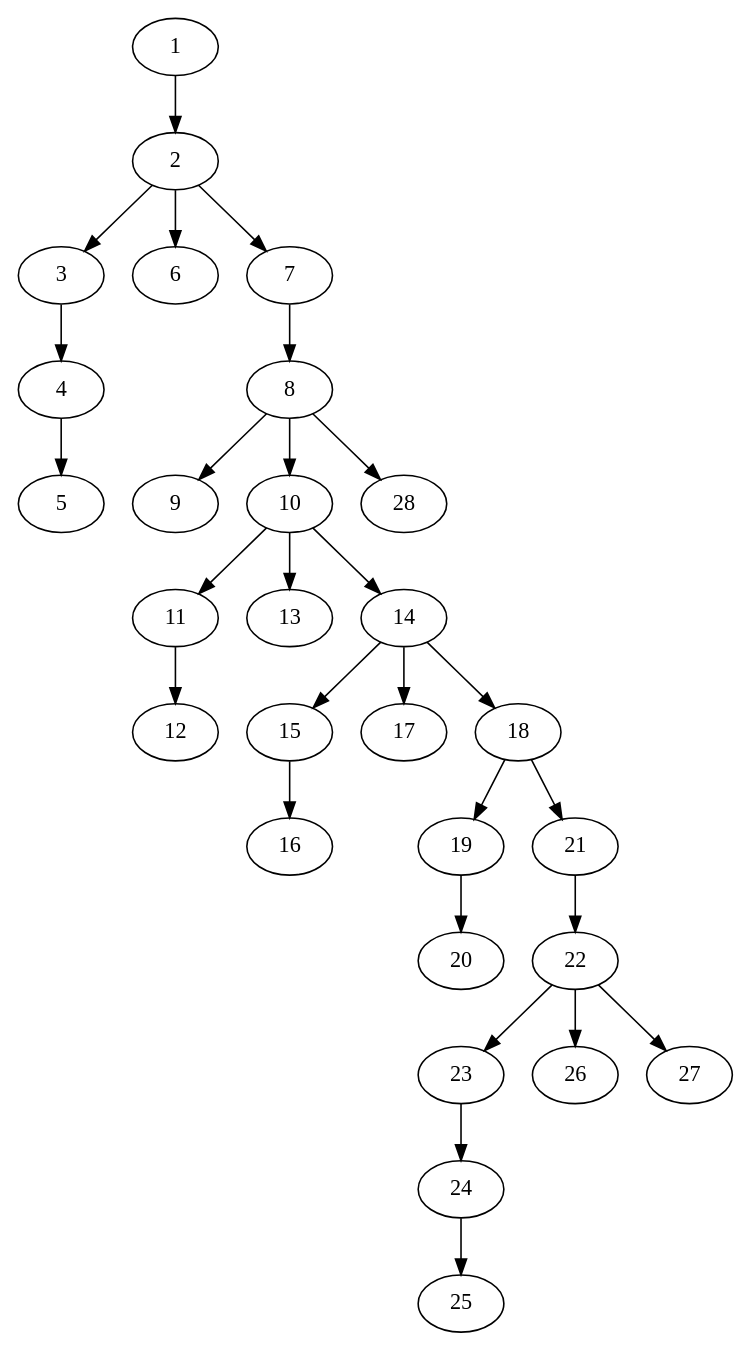
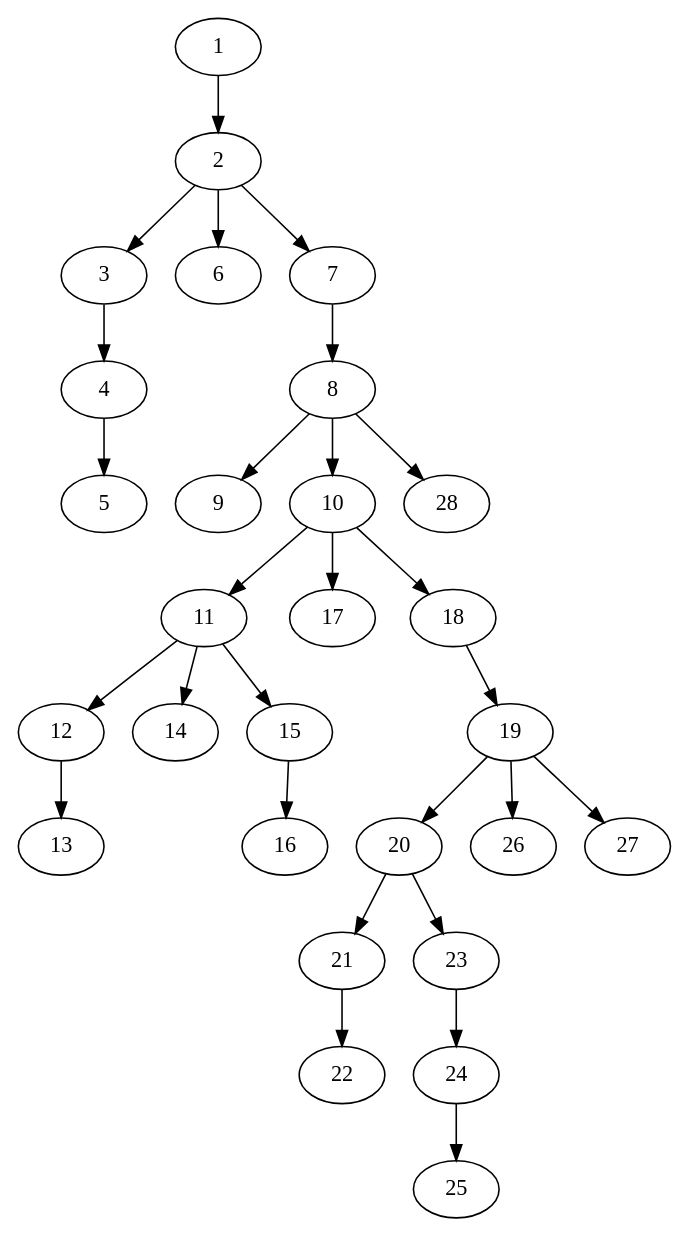
One commit to Ajax12345/caspian-lang changed the diagram in caspian/src/ast_stuff.dot. Above: the diagram before and after it, drawn with Graphviz. The commit also changed 4 other files, not shown here.

```diff
--- a/caspian/src/ast_stuff.dot
+++ b/caspian/src/ast_stuff.dot
@@ -1,29 +1,29 @@
 strict digraph "" {
 	1 -> 2;
 	2 -> 3;
 	2 -> 6;
 	2 -> 7;
 	3 -> 4;
 	4 -> 5;
 	7 -> 8;
 	8 -> 9;
 	8 -> 10;
 	8 -> 28;
 	10 -> 11;
-	10 -> 13;
-	10 -> 14;
+	10 -> 17;
+	10 -> 18;
 	11 -> 12;
-	14 -> 15;
-	14 -> 17;
-	14 -> 18;
+	11 -> 14;
+	11 -> 15;
+	12 -> 13;
 	15 -> 16;
 	18 -> 19;
-	18 -> 21;
 	19 -> 20;
+	19 -> 26;
+	19 -> 27;
+	20 -> 21;
+	20 -> 23;
 	21 -> 22;
-	22 -> 23;
-	22 -> 26;
-	22 -> 27;
 	23 -> 24;
 	24 -> 25;
 }
```
